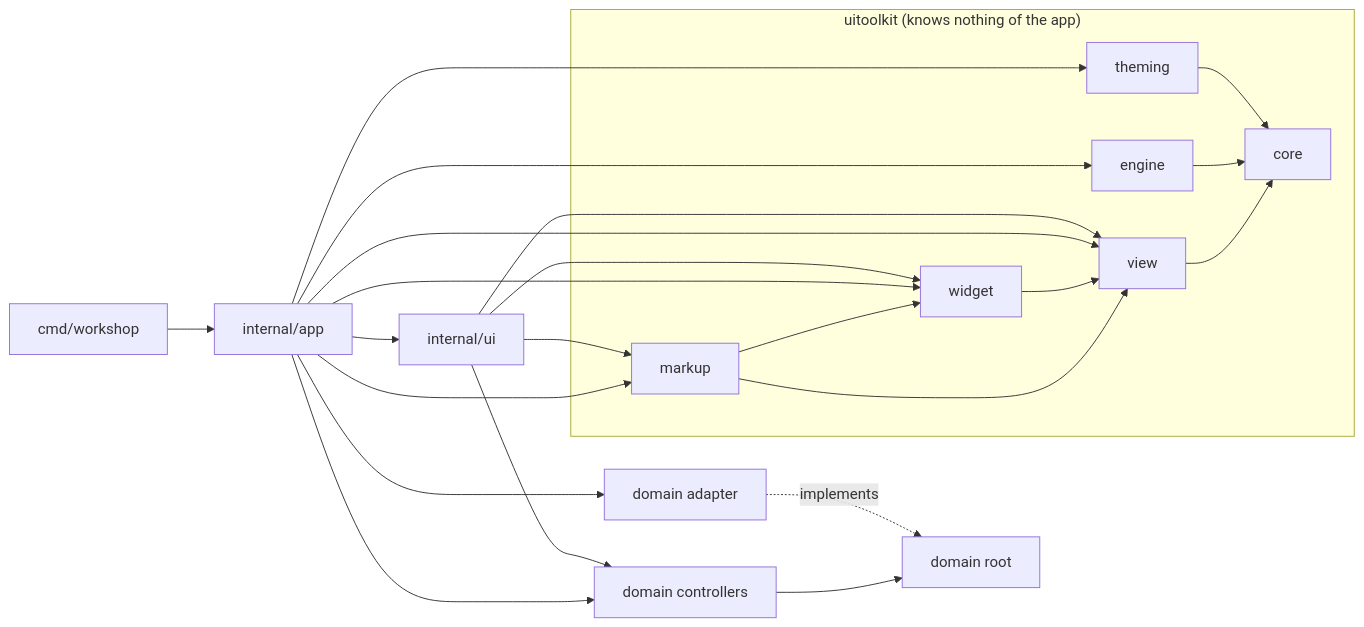
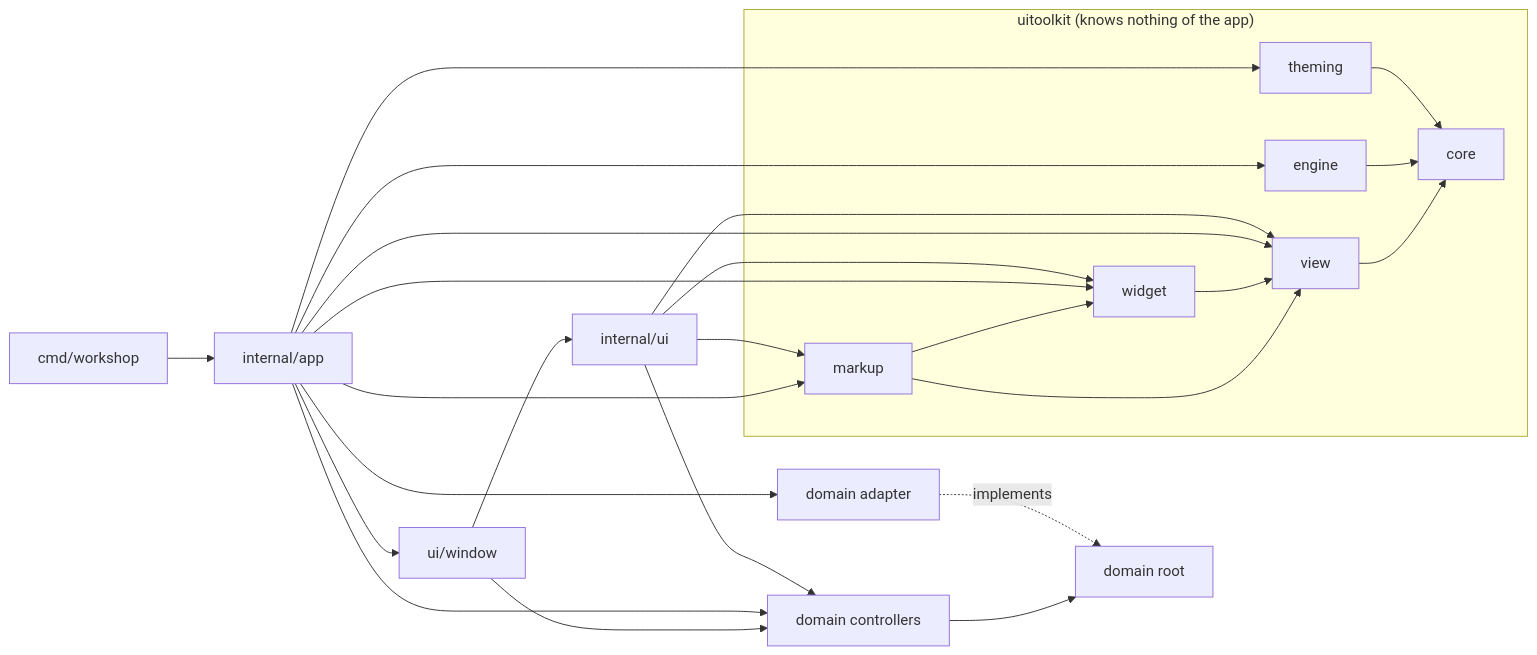
The first of 2 diagrams in .harness/architecture.md (gascoigne-ai/gascoigne-workshop), drawn with Mermaid before and after one commit. The commit also changed other lines of this file and 358 other files, not shown here.

First line of the commit message:
refactor(ui): window composes the screen, app only wires

````diff
--- a/.harness/architecture.md
+++ b/.harness/architecture.md
@@ -7,17 +7,18 @@
 ```mermaid
 flowchart LR
   cmd["cmd/workshop"] --> app["internal/app"]
-  app --> ui["internal/ui"] & ctl["domain controllers"] & adp["domain adapter"]
+  app --> window["ui/window"] --> ui["internal/ui"] & ctl["domain controllers"]
+  app --> ctl & adp["domain adapter"]
   ui --> ctl --> root["domain root"]
   adp -. implements .-> root
   subgraph toolkit["uitoolkit (knows nothing of the app)"]
     markup["markup"] --> widget["widget"]
     markup --> view["view"]
     widget --> view
     view --> core["core"]
     engine["engine"] --> core
     theming["theming"] --> core
   end
   app & ui --> markup & widget & view
   app --> engine & theming
 ```
````
